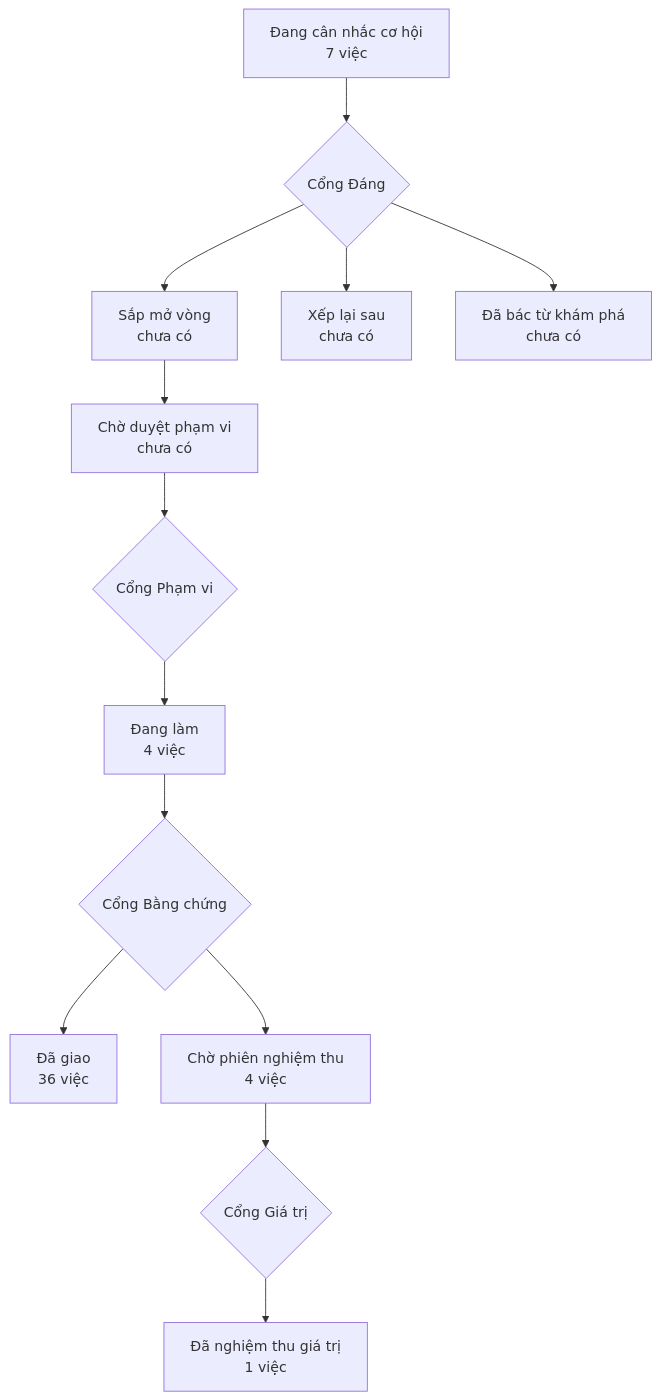
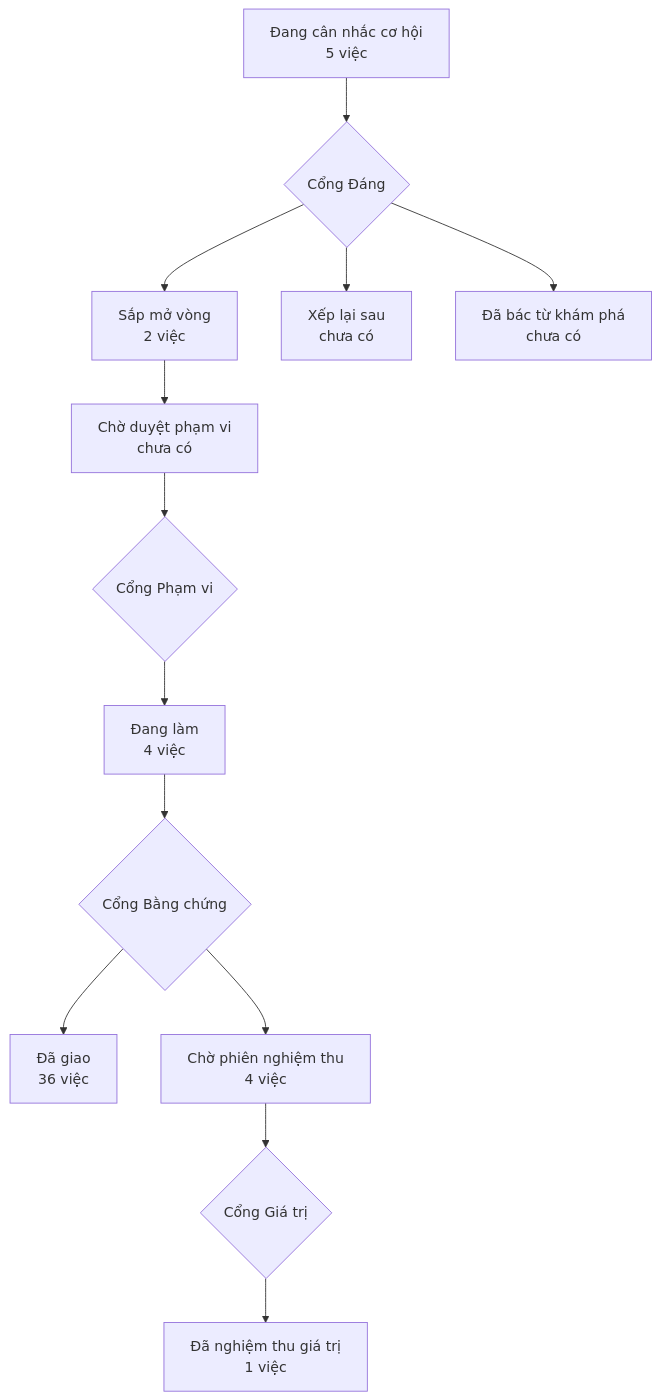
One commit to phanlemanh/crm-onehub changed the diagram in PRODUCT-MAP.md. Above: the diagram before and after it, drawn with Mermaid. The commit also changed other lines of this file and 2 other files, not shown here.

Commit message:
docs(acceptance): Cong Dang — build ca hai o, bang cot du bon cach chia

````diff
--- a/PRODUCT-MAP.md
+++ b/PRODUCT-MAP.md
@@ -6,12 +6,12 @@
 ```mermaid
 flowchart TD
-  A["Đang cân nhắc cơ hội<br/>7 việc"] --> GD{"Cổng Đáng"}
-  GD --> B["Sắp mở vòng<br/>chưa có"]
+  A["Đang cân nhắc cơ hội<br/>5 việc"] --> GD{"Cổng Đáng"}
+  GD --> B["Sắp mở vòng<br/>2 việc"]
   GD --> XL["Xếp lại sau<br/>chưa có"]
   GD --> DB["Đã bác từ khám phá<br/>chưa có"]
   B --> CD["Chờ duyệt phạm vi<br/>chưa có"] --> GP{"Cổng Phạm vi"}
   GP --> DL["Đang làm<br/>4 việc"] --> GB{"Cổng Bằng chứng"}
   GB --> DG["Đã giao<br/>36 việc"]
   GB --> CN["Chờ phiên nghiệm thu<br/>4 việc"] --> GG{"Cổng Giá trị"}
   GG --> NT["Đã nghiệm thu giá trị<br/>1 việc"]
 ```
````
